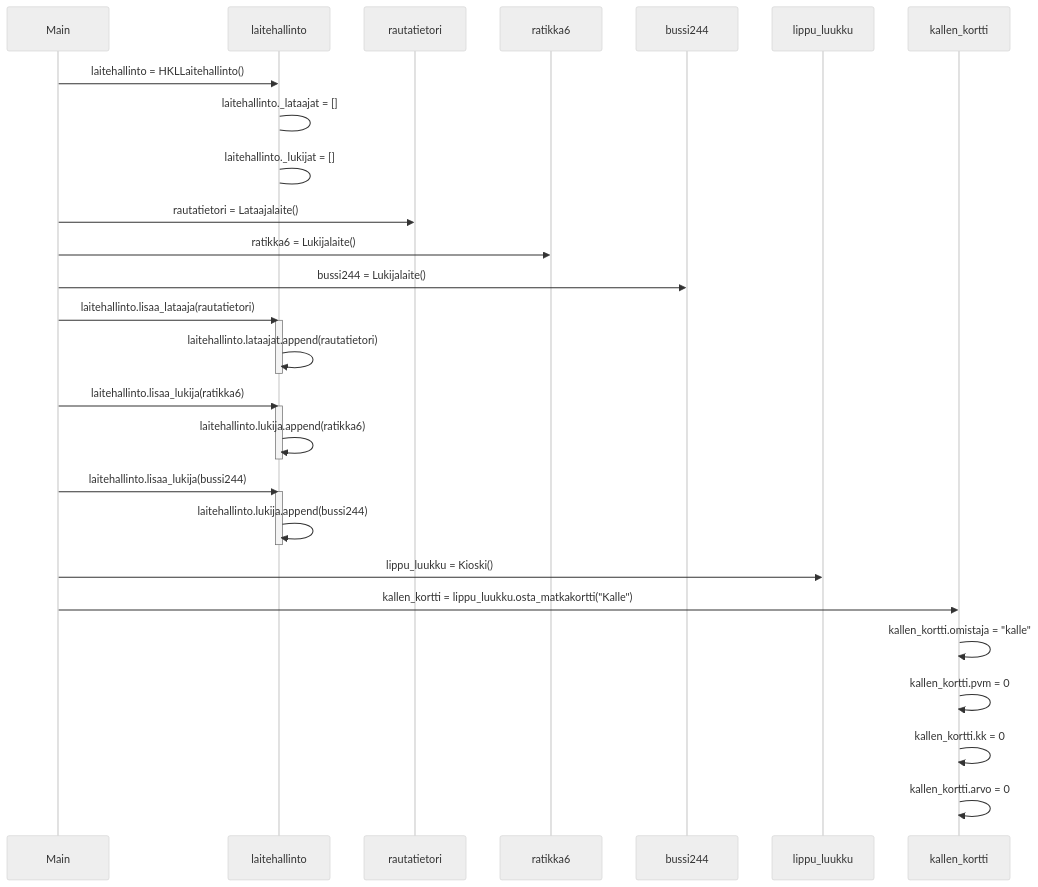
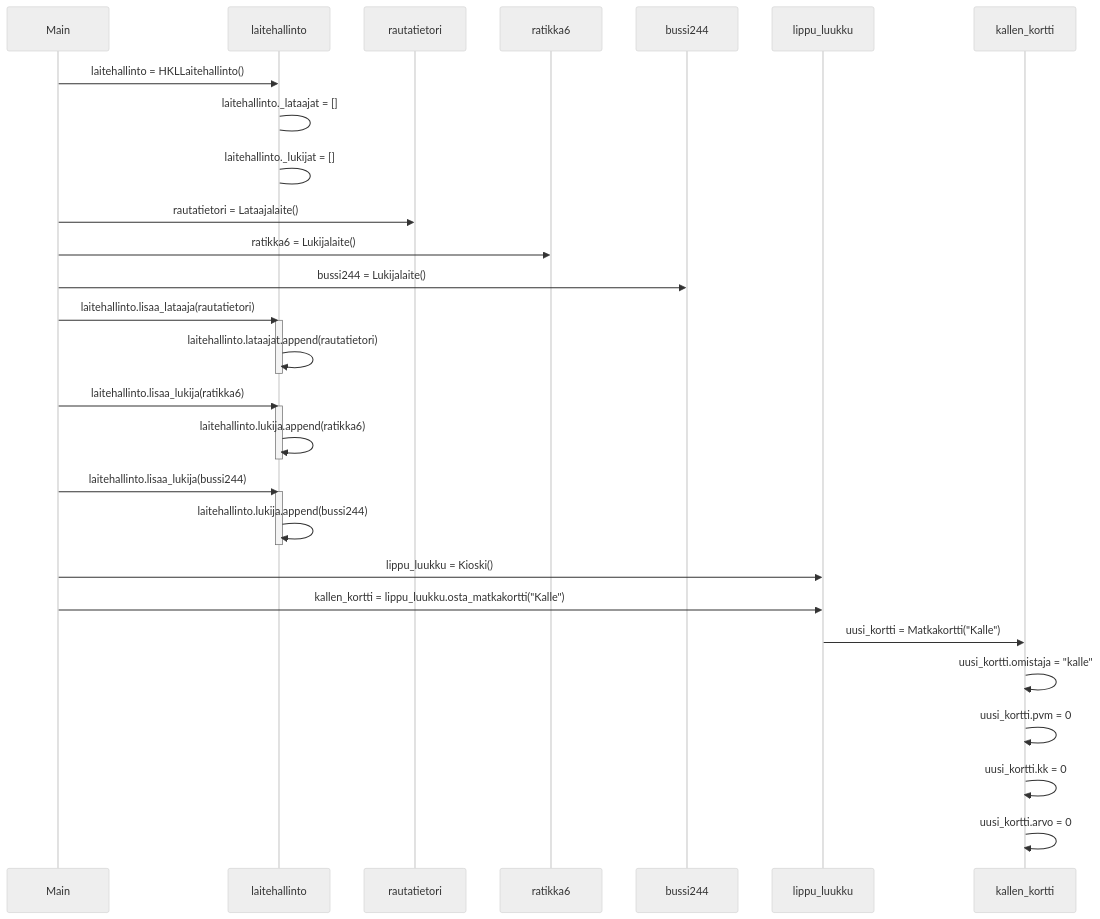
Before and after one commit to EeroAnt/ot-harjoitusty-: the diagram in laskarit/viikko3/matkakorttisekvenssikaavio.md, drawn with Mermaid (neutral theme).

Commit message:
t4 v0.033

````diff
--- a/laskarit/viikko3/matkakorttisekvenssikaavio.md
+++ b/laskarit/viikko3/matkakorttisekvenssikaavio.md
@@ -1,35 +1,36 @@
 ```mermaid
 sequenceDiagram
   participant Main
   participant laitehallinto
   participant rautatietori
   participant ratikka6
   participant bussi244
   participant lippu_luukku
   participant kallen_kortti
   Main->>laitehallinto: laitehallinto = HKLLaitehallinto()
   laitehallinto->laitehallinto: laitehallinto._lataajat = []
   laitehallinto->laitehallinto: laitehallinto._lukijat = []
   Main->>rautatietori: rautatietori = Lataajalaite()
   Main->>ratikka6: ratikka6 = Lukijalaite()
   Main->>bussi244: bussi244 = Lukijalaite()
   Main->>laitehallinto: laitehallinto.lisaa_lataaja(rautatietori)
   activate laitehallinto
   laitehallinto->>laitehallinto: laitehallinto.lataajat.append(rautatietori)
   deactivate laitehallinto
   Main->>laitehallinto: laitehallinto.lisaa_lukija(ratikka6)
   activate laitehallinto
   laitehallinto->>laitehallinto: laitehallinto.lukija.append(ratikka6)
   deactivate laitehallinto
   Main->>laitehallinto: laitehallinto.lisaa_lukija(bussi244)
   activate laitehallinto
   laitehallinto->>laitehallinto: laitehallinto.lukija.append(bussi244)
   deactivate laitehallinto
   Main->>lippu_luukku: lippu_luukku = Kioski()
-  Main->>kallen_kortti: kallen_kortti = lippu_luukku.osta_matkakortti("Kalle")
-  kallen_kortti->>kallen_kortti: kallen_kortti.omistaja = "kalle"
-  kallen_kortti->>kallen_kortti: kallen_kortti.pvm = 0
-  kallen_kortti->>kallen_kortti: kallen_kortti.kk = 0
-  kallen_kortti->>kallen_kortti: kallen_kortti.arvo = 0
+  Main->>lippu_luukku: kallen_kortti = lippu_luukku.osta_matkakortti("Kalle")
+  lippu_luukku->>kallen_kortti: uusi_kortti = Matkakortti("Kalle")
+  kallen_kortti->>kallen_kortti: uusi_kortti.omistaja = "kalle"
+  kallen_kortti->>kallen_kortti: uusi_kortti.pvm = 0
+  kallen_kortti->>kallen_kortti: uusi_kortti.kk = 0
+  kallen_kortti->>kallen_kortti: uusi_kortti.arvo = 0
 
 ```
````
